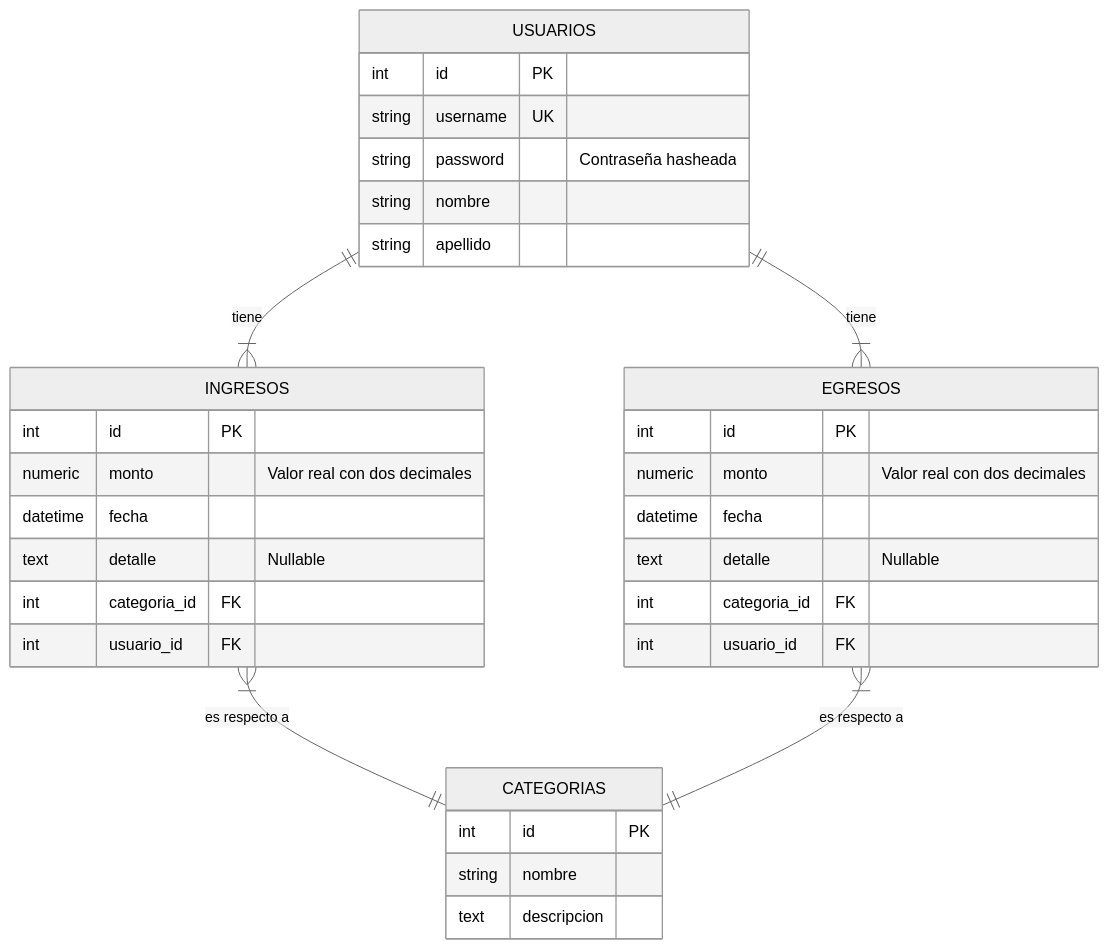
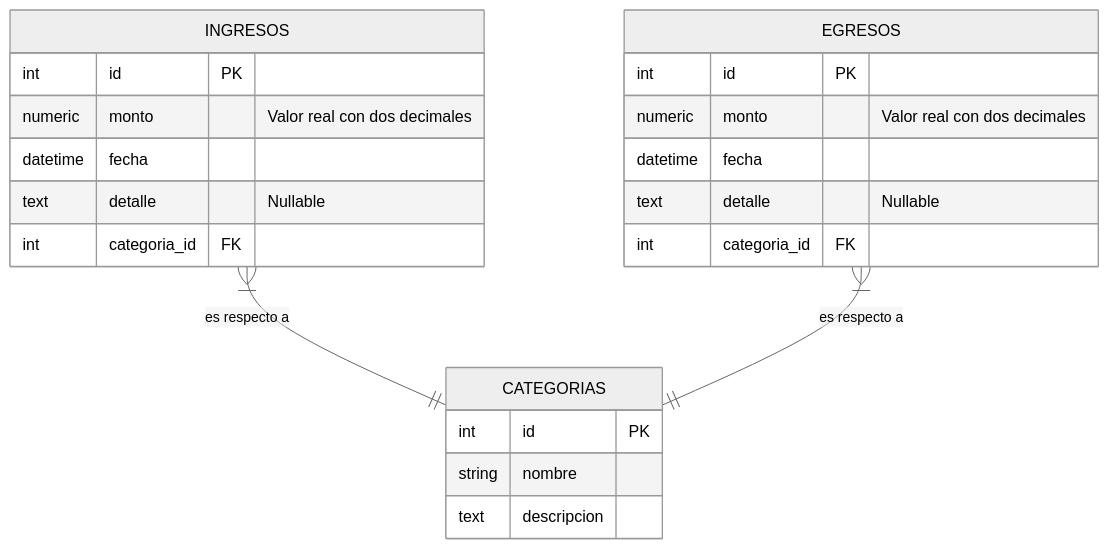
The diagram in docs/diagrama entidad-relacion.md (UTN-BDA/DBA_proyect), drawn with Mermaid (neutral theme) before and after one commit.

Commit message:
docs(diagrama E-R): Se elimina modelo/entidad usuario

````diff
--- a/docs/diagrama entidad-relacion.md
+++ b/docs/diagrama entidad-relacion.md
@@ -3,39 +3,27 @@
 ```mermaid
 erDiagram
 	CATEGORIAS{
 		int id PK
 		string nombre
 		text descripcion
 	}
 	
 	INGRESOS{
 		int id PK
 		numeric monto "Valor real con dos decimales"
 		datetime fecha 
 		text detalle "Nullable"
 		int categoria_id FK
-		int usuario_id FK
 	}
 	
 	EGRESOS{
 		int id PK
 		numeric monto "Valor real con dos decimales"
 		datetime fecha 
 		text detalle "Nullable"
 		int categoria_id FK
-		int usuario_id FK
-	}
-	
-	USUARIOS{
-		int id PK
-		string username UK
-		string password "Contraseña hasheada"
-		string nombre
-		string apellido
 	}
 	
 INGRESOS }|--|| CATEGORIAS : "es respecto a"
 EGRESOS }|--|| CATEGORIAS : "es respecto a"
-USUARIOS ||--|{ INGRESOS : "tiene"
-USUARIOS ||--|{ EGRESOS : "tiene"
 ```
````
